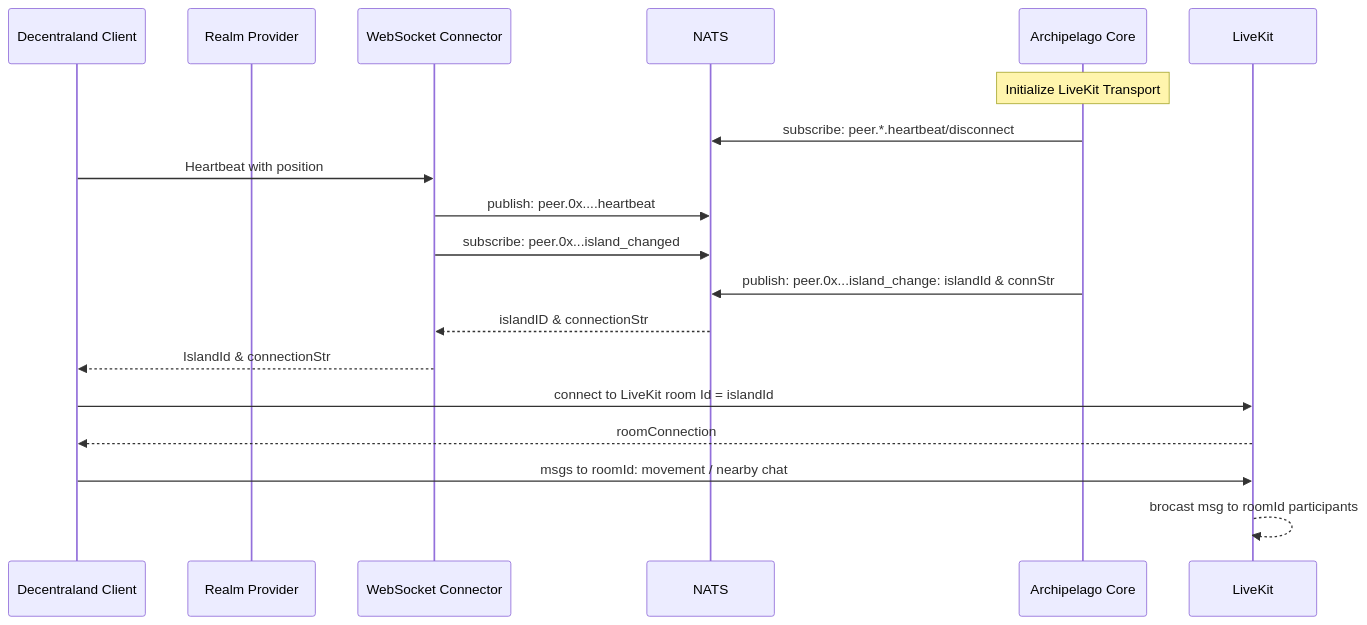
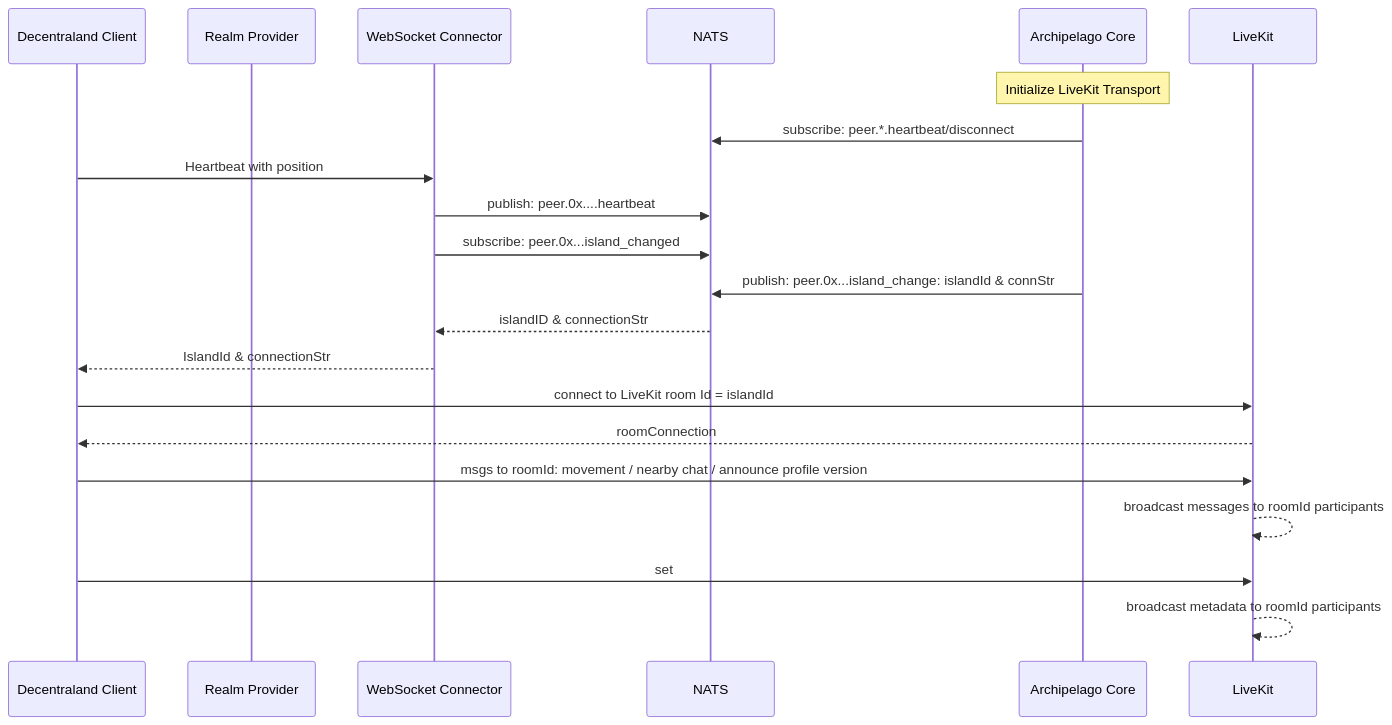
The third of 7 diagrams in content/ADR-204-comms-architecture.md (decentraland/adr), drawn with Mermaid before and after one commit. The commit also changed other lines of this file, not shown here.

First line of the commit message:
Describe Protocol Messages and Metadata

````diff
--- a/content/ADR-204-comms-architecture.md
+++ b/content/ADR-204-comms-architecture.md
@@ -179,21 +179,23 @@
 ```mermaid
 sequenceDiagram
 participant C as Decentraland Client
 participant R as Realm Provider
 participant WS as WebSocket Connector
 participant N as NATS
 participant A as Archipelago Core
 participant L as LiveKit 
 Note over A: Initialize LiveKit Transport
   A->>N: subscribe: peer.*.heartbeat/disconnect
   C->>WS: Heartbeat with position 
 	WS->>N: publish: peer.0x....heartbeat
 	WS->>N: subscribe: peer.0x...island_changed 
 	A->>N: publish: peer.0x...island_change: islandId & connStr 
 	N-->>WS: islandID & connectionStr
 	WS-->>C: IslandId & connectionStr
 	C->>L: connect to LiveKit room Id = islandId
 	L-->>C: roomConnection
-	C->>L: msgs to roomId: movement / nearby chat
-	L-->>L: brocast msg to roomId participants 
+	C->>L: msgs to roomId: movement / nearby chat / announce profile version
+	L-->>L: broadcast messages to roomId participants
+    C->>L: set
+    L-->>L: broadcast metadata to roomId participants 
 ```
````
